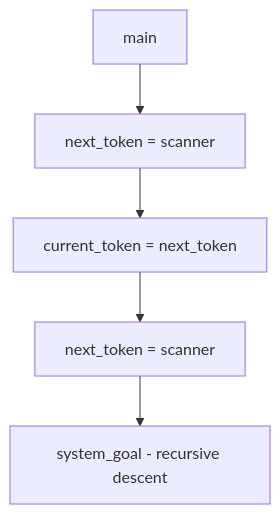
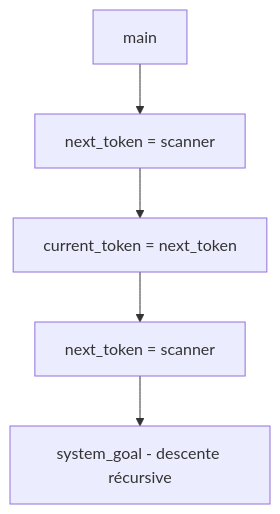
Before and after one commit to Saad-programmer/Compilation-TP2-1PASS: the third of 5 diagrams in README.md, drawn with Mermaid. The commit also changed other lines of this file, not shown here.

````diff
--- a/README.md
+++ b/README.md
@@ -208,7 +208,7 @@
 ```mermaid
 flowchart TD
     A[main] --> B[next_token = scanner]
     B --> C[current_token = next_token]
     C --> D[next_token = scanner]
-    D --> E[system_goal - recursive descent]
+    D --> E[system_goal - descente récursive]
 ```
````
